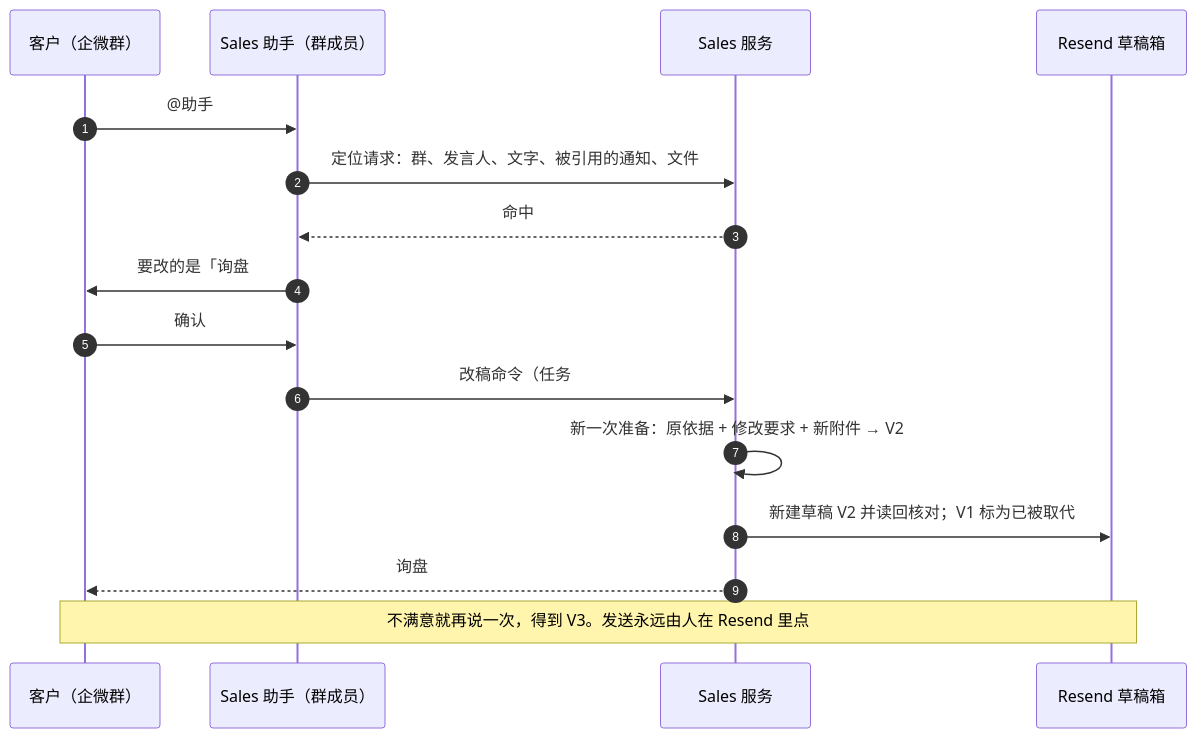
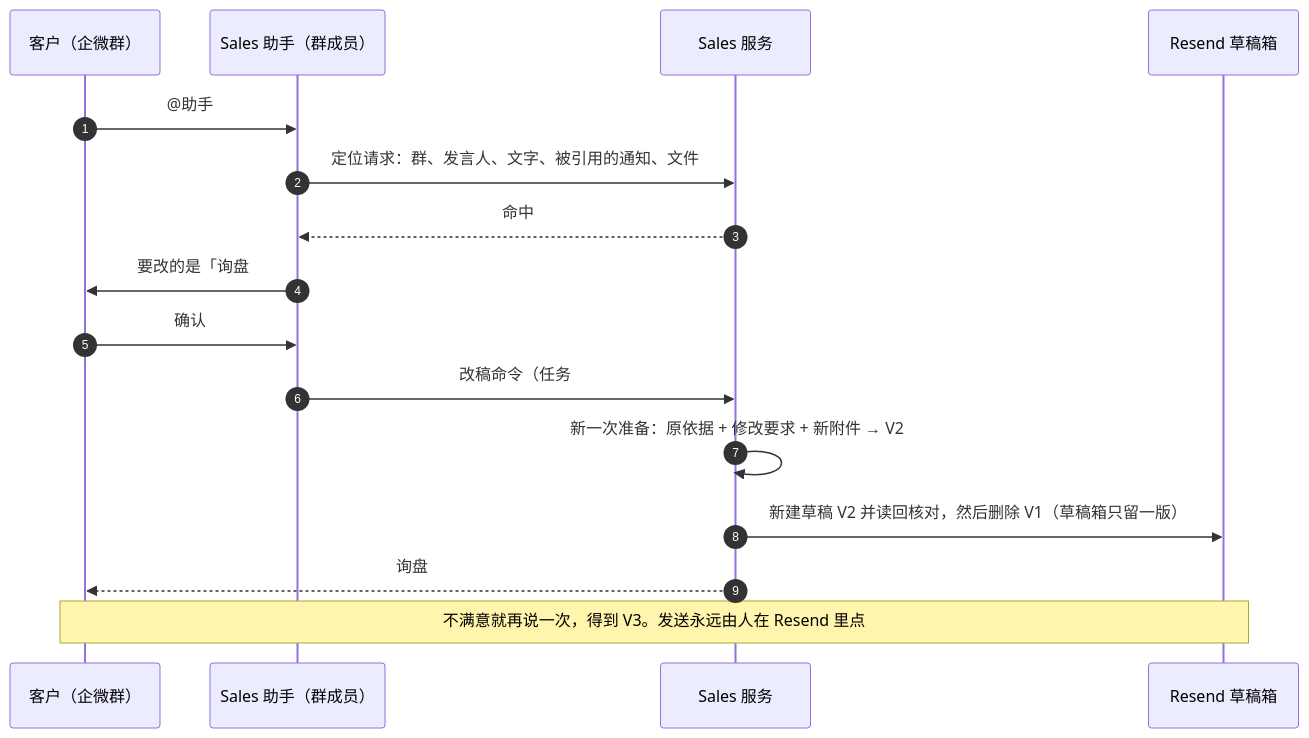
Before and after one commit to vibelingan/channel: the third of 5 diagrams in docs/sales-agent/design/DRAFT-LOOP-20261112.zh-CN.md, drawn with Mermaid. The commit also changed other lines of this file, not shown here.

````diff
--- a/docs/sales-agent/design/DRAFT-LOOP-20261112.zh-CN.md
+++ b/docs/sales-agent/design/DRAFT-LOOP-20261112.zh-CN.md
@@ -126,18 +129,18 @@
 ```mermaid
 sequenceDiagram
   autonumber
   participant C as 客户（企微群）
   participant B as Sales 助手（群成员）
   participant H as Sales 服务
   participant R as Resend 草稿箱
   C->>B: @助手 #128 的草稿语气太硬，加上这份报价单（附文件）
   B->>H: 定位请求：群、发言人、文字、被引用的通知、文件
   H-->>B: 命中 #128：买家国家、产品、当前 V1（不含联系方式）
   B->>C: 要改的是「询盘 #128 · 无线耳机 · 德国」的草稿 V1 吗？<br/>改动：语气更客气；附上《报价单.pdf》。回复"确认"开始
   C->>B: 确认
   B->>H: 改稿命令（任务 #128、基于 V1、要求、材料）
   H->>H: 新一次准备：原依据 + 修改要求 + 新附件 → V2
-  H->>R: 新建草稿 V2 并读回核对；V1 标为已被取代
+  H->>R: 新建草稿 V2 并读回核对，然后删除 V1（草稿箱只留一版）
   H-->>C: 询盘 #128 · 某某公司 · 德国：草稿 V2 已准备好，尚未发送。改动：…<br/>附：邮件预览 PDF　链接
   Note over C,R: 不满意就再说一次，得到 V3。发送永远由人在 Resend 里点
 ```
````
